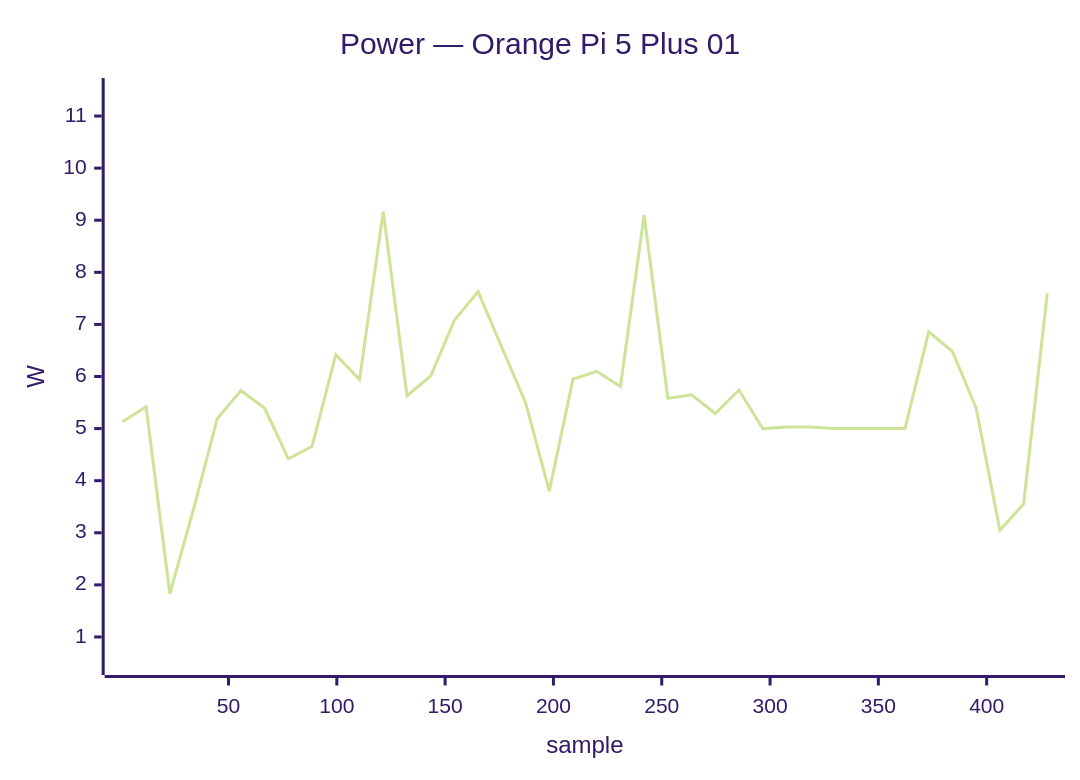
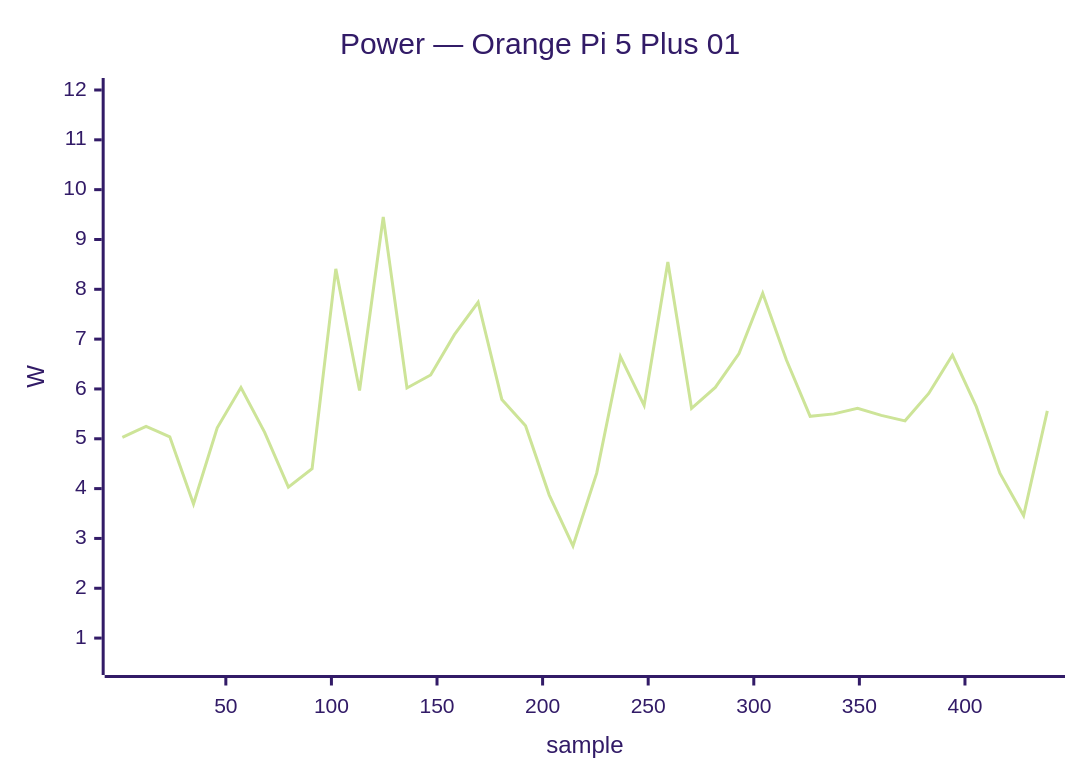
Before and after one commit to armbian/documentation: diagram 14 of 24 in docs/status/board-tests.md, drawn with Mermaid (forest theme). The commit also changed other lines of this file, not shown here.

````diff
--- a/docs/status/board-tests.md
+++ b/docs/status/board-tests.md
@@ -787,7 +772,7 @@
     ```mermaid
     xychart-beta
         title "Power — Orange Pi 5 Plus 01"
-        x-axis "sample" 1 --> 428
-        y-axis "W" 0.5 --> 11.5
-        line [5.13, 5.42, 1.83, 3.45, 5.19, 5.73, 5.39, 4.42, 4.66, 6.42, 5.94, 9.17, 5.63, 6.01, 7.08, 7.63, 6.56, 5.50, 3.80, 5.95, 6.10, 5.81, 9.10, 5.58, 5.65, 5.29, 5.74, 5.00, 5.03, 5.03, 5.00, 5.00, 5.00, 5.00, 6.86, 6.48, 5.39, 3.05, 3.55, 7.60]
+        x-axis "sample" 1 --> 439
+        y-axis "W" 0.5 --> 12.0
+        line [5.03, 5.25, 5.04, 3.69, 5.22, 6.03, 5.13, 4.03, 4.40, 8.41, 5.97, 9.45, 6.02, 6.28, 7.09, 7.74, 5.79, 5.26, 3.87, 2.85, 4.31, 6.65, 5.67, 8.55, 5.61, 6.03, 6.71, 7.92, 6.58, 5.45, 5.50, 5.61, 5.47, 5.36, 5.91, 6.68, 5.65, 4.31, 3.46, 5.56]
     ```
````
